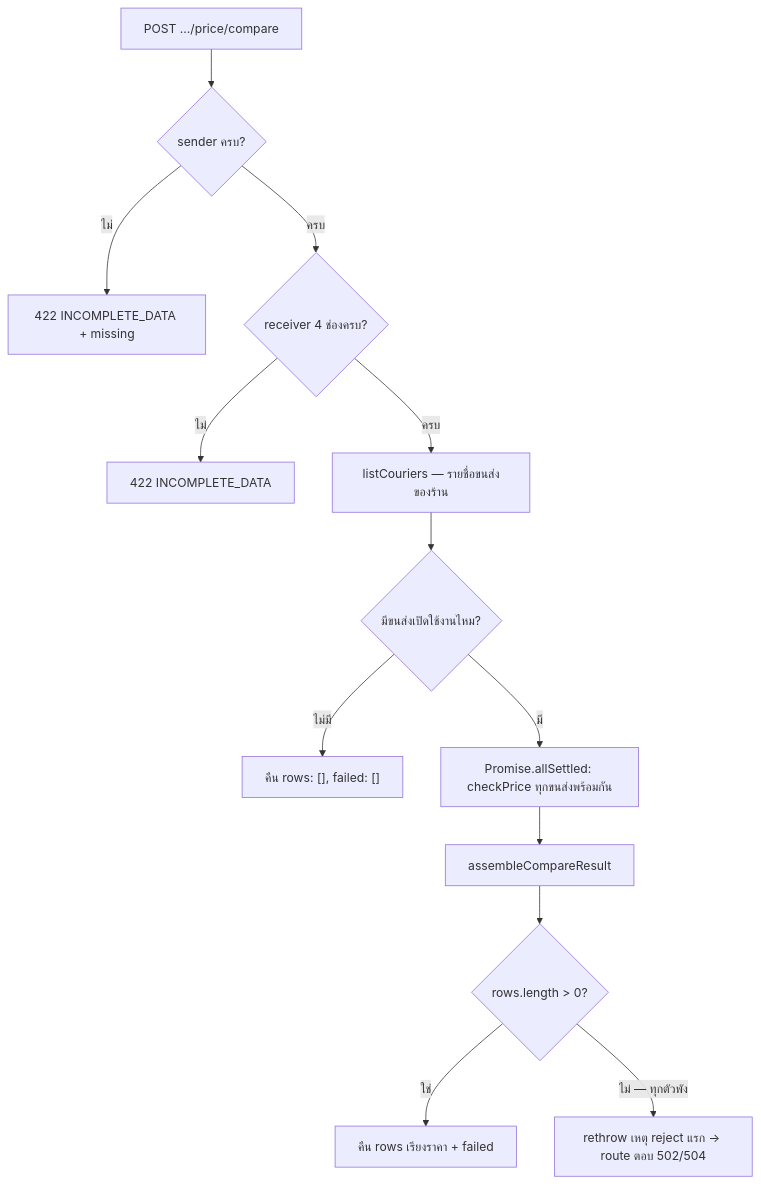
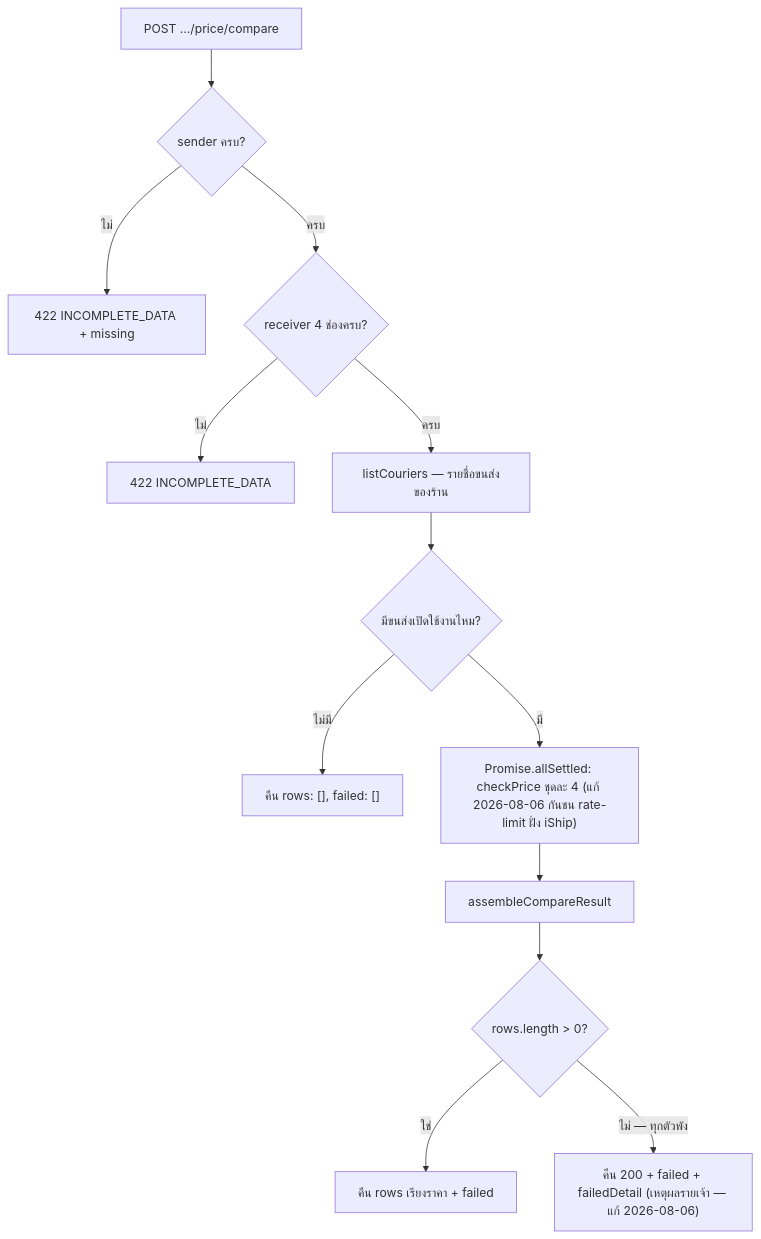
Before and after one commit to CodeCooLTH/deep-web: the fifth of 5 diagrams in docs/20 - Features/00022 - iShip Shipping Integration/SRS.md, drawn with Mermaid. The commit also changed other lines of this file and 3 other files, not shown here.

````diff
--- a/docs/20 - Features/00022 - iShip Shipping Integration/SRS.md
+++ b/docs/20 - Features/00022 - iShip Shipping Integration/SRS.md
@@ -513,15 +513,15 @@
 ```mermaid
 flowchart TD
     A[POST .../price/compare] --> B{sender ครบ?}
     B -- ไม่ --> C["422 INCOMPLETE_DATA + missing"]
     B -- ครบ --> D{receiver 4 ช่องครบ?}
     D -- ไม่ --> E[422 INCOMPLETE_DATA]
     D -- ครบ --> F[listCouriers — รายชื่อขนส่งของร้าน]
     F --> G{มีขนส่งเปิดใช้งานไหม?}
     G -- ไม่มี --> H["คืน rows: [], failed: []"]
-    G -- มี --> I["Promise.allSettled: checkPrice ทุกขนส่งพร้อมกัน"]
+    G -- มี --> I["Promise.allSettled: checkPrice ชุดละ 4 (แก้ 2026-08-06 กันชน rate-limit ฝั่ง iShip)"]
     I --> J[assembleCompareResult]
     J --> K{rows.length > 0?}
     K -- ใช่ --> L[คืน rows เรียงราคา + failed]
-    K -- ไม่ — ทุกตัวพัง --> M[rethrow เหตุ reject แรก → route ตอบ 502/504]
+    K -- ไม่ — ทุกตัวพัง --> M["คืน 200 + failed + failedDetail (เหตุผลรายเจ้า — แก้ 2026-08-06)"]
 ```
````
